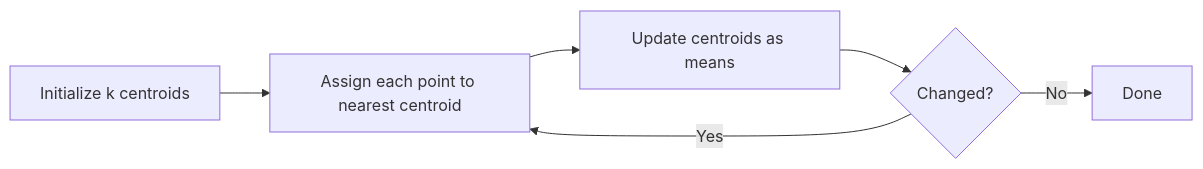
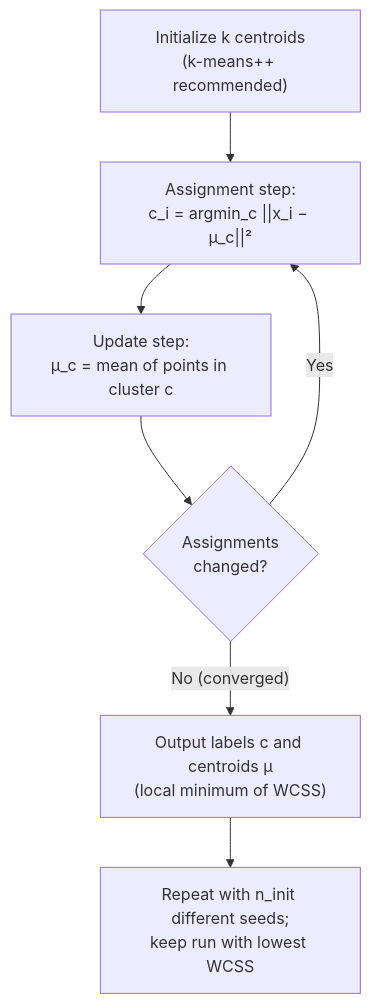
One commit to ABHIRAM3007/itp changed the first of 2 diagrams in roadmap/phase-1-classical-ml/12-kmeans.md. Above: the diagram before and after it, drawn with Mermaid. The commit also changed other lines of this file and 23 other files, not shown here.

````diff
--- a/roadmap/phase-1-classical-ml/12-kmeans.md
+++ b/roadmap/phase-1-classical-ml/12-kmeans.md
@@ -82,8 +119,9 @@
 ```mermaid
-flowchart LR
-    I["Initialize k centroids"] --> A["Assign each point to nearest centroid"]
-    A --> U["Update centroids as means"]
-    U --> C{"Changed?"}
-    C -- Yes --> A
-    C -- No --> D["Done"]
+flowchart TD
+    I["Initialize k centroids<br/>(k-means++ recommended)"] --> A["Assignment step:<br/>c_i = argmin_c ||x_i − μ_c||²"]
+    A --> U["Update step:<br/>μ_c = mean of points in cluster c"]
+    U --> C{"Assignments<br/>changed?"}
+    C -- "Yes" --> A
+    C -- "No (converged)" --> D["Output labels c and centroids μ<br/>(local minimum of WCSS)"]
+    D --> R["Repeat with n_init different seeds;<br/>keep run with lowest WCSS"]
 ```
````
